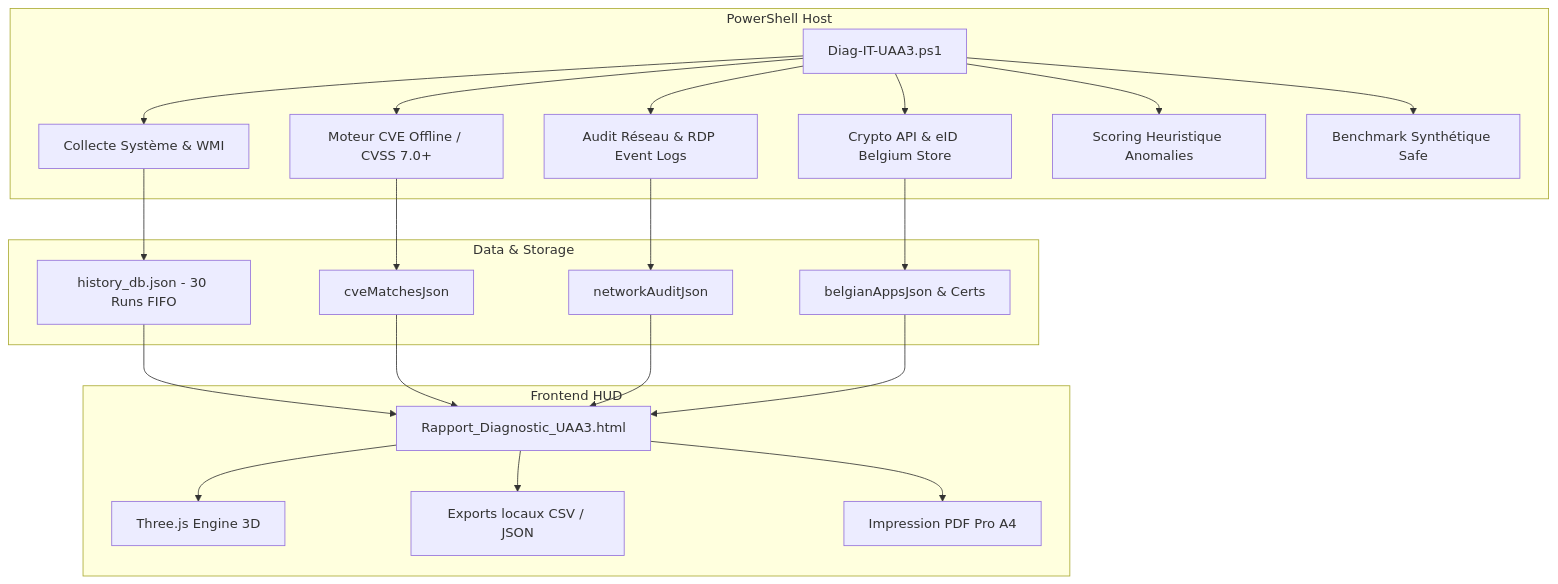
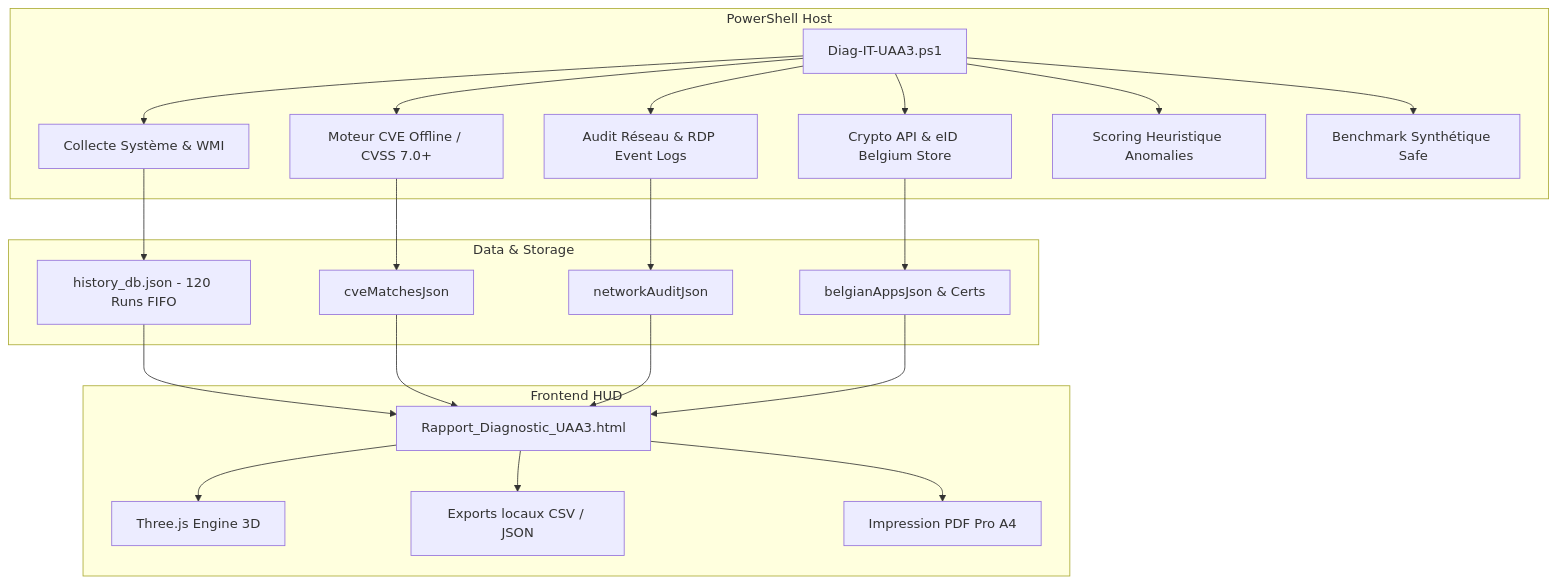
One commit to mdpwbe-sys/DiagToolIT changed the diagram in ARCHITECTURE.md. Above: the diagram before and after it, drawn with Mermaid. The commit also changed other lines of this file and 29 other files, not shown here.

````diff
--- a/ARCHITECTURE.md
+++ b/ARCHITECTURE.md
@@ -14,26 +14,26 @@
 ```mermaid
 graph TD
     subgraph PowerShell Host
         A[Diag-IT-UAA3.ps1] --> B[Collecte Système & WMI]
         A --> C[Audit Réseau & RDP Event Logs]
         A --> D[Crypto API & eID Belgium Store]
         A --> E[Moteur CVE Offline / CVSS 7.0+]
         A --> F[Scoring Heuristique Anomalies]
         A --> G[Benchmark Synthétique Safe]
     end
     subgraph Data & Storage
-        B --> H[history_db.json - 30 Runs FIFO]
+        B --> H[history_db.json - 120 Runs FIFO]
         E --> I[cveMatchesJson]
         C --> J[networkAuditJson]
         D --> K[belgianAppsJson & Certs]
     end
     subgraph Frontend HUD
         H --> L[Rapport_Diagnostic_UAA3.html]
         I --> L
         J --> L
         K --> L
         L --> M[Three.js Engine 3D]
         L --> N[Exports locaux CSV / JSON]
         L --> O[Impression PDF Pro A4]
     end
 ```
````
